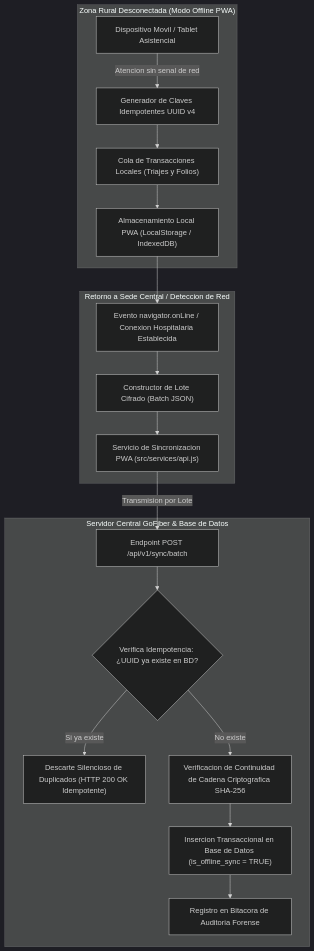
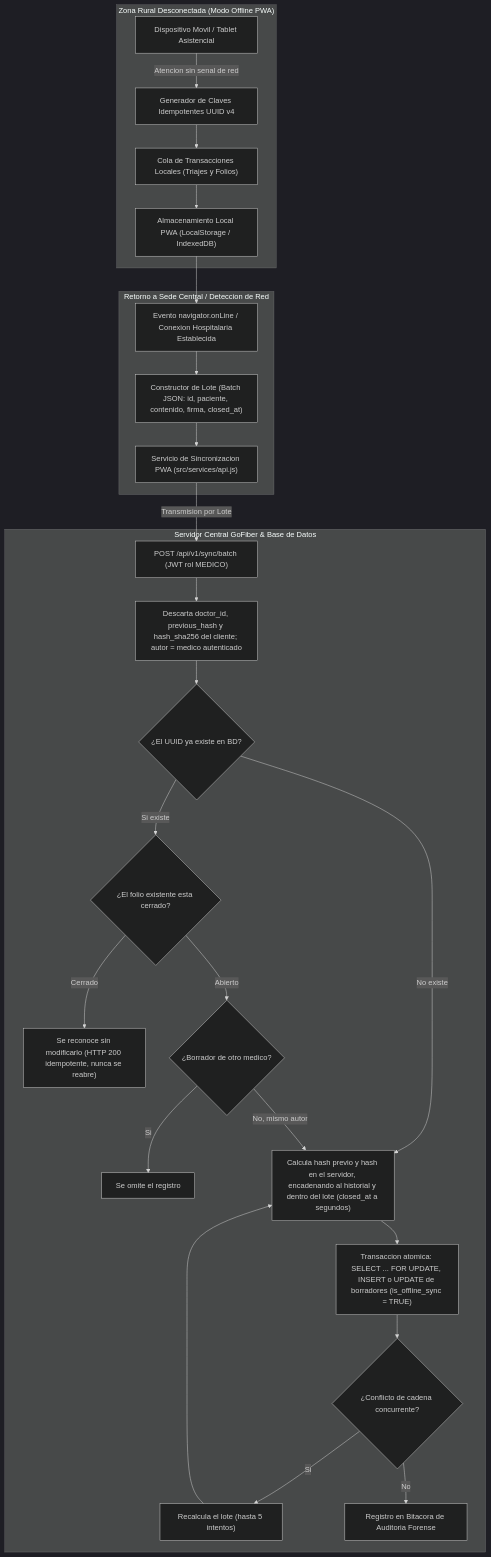
The diagram in docs/diagrams/08_flujo_sync_rural_offline.mmd (ThiagoVelez/Proyecto_felipe), drawn with Mermaid (dark theme) before and after one commit. The commit also changed other lines of this file and 39 other files, not shown here.

First line of the commit message:
docs: actualizar readme, documentos tecnicos y diagramas tras la auditoria de seguridad

```diff
--- a/docs/diagrams/08_flujo_sync_rural_offline.mmd
+++ b/docs/diagrams/08_flujo_sync_rural_offline.mmd
@@ -1,37 +1,51 @@
 flowchart TD
     subgraph BrigadaRural ["Zona Rural Desconectada (Modo Offline PWA)"]
         Tablet["Dispositivo Movil / Tablet Asistencial"]
         LocalCache["Almacenamiento Local PWA (LocalStorage / IndexedDB)"]
         UUIDGen["Generador de Claves Idempotentes UUID v4"]
         OfflineQueue["Cola de Transacciones Locales (Triajes y Folios)"]
 
         Tablet -->|Atencion sin senal de red| UUIDGen
         UUIDGen --> OfflineQueue
         OfflineQueue --> LocalCache
     end
 
     subgraph RestablecimientoConexion ["Retorno a Sede Central / Deteccion de Red"]
         NetEvent["Evento navigator.onLine / Conexion Hospitalaria Establecida"]
-        BatchBuilder["Constructor de Lote Cifrado (Batch JSON)"]
+        BatchBuilder["Constructor de Lote (Batch JSON: id, paciente, contenido, firma, closed_at)"]
         SyncService["Servicio de Sincronizacion PWA (src/services/api.js)"]
 
         LocalCache --> NetEvent
         NetEvent --> BatchBuilder
         BatchBuilder --> SyncService
     end
 
     subgraph BackendGo ["Servidor Central GoFiber & Base de Datos"]
-        SyncEndpoint["Endpoint POST /api/v1/sync/batch"]
-        IdempotencyCheck{"Verifica Idempotencia: ¿UUID ya existe en BD?"}
-        RejectDuplicate["Descarte Silencioso de Duplicados (HTTP 200 OK Idempotente)"]
-        ChainVerify["Verificacion de Continuidad de Cadena Criptografica SHA-256"]
-        PersistBatch["Insercion Transaccional en Base de Datos (is_offline_sync = TRUE)"]
+        SyncEndpoint["POST /api/v1/sync/batch (JWT rol MEDICO)"]
+        Sanitize["Descarta doctor_id, previous_hash y hash_sha256 del cliente; autor = medico autenticado"]
+        IdempotencyCheck{"¿El UUID ya existe en BD?"}
+        ClosedCheck{"¿El folio existente esta cerrado?"}
+        Acknowledge["Se reconoce sin modificarlo (HTTP 200 idempotente, nunca se reabre)"]
+        OwnerCheck{"¿Borrador de otro medico?"}
+        SkipForeign["Se omite el registro"]
+        ChainCompute["Calcula hash previo y hash en el servidor, encadenando al historial y dentro del lote (closed_at a segundos)"]
+        PersistBatch["Transaccion atomica: SELECT ... FOR UPDATE, INSERT o UPDATE de borradores (is_offline_sync = TRUE)"]
+        ChainConflict{"¿Conflicto de cadena concurrente?"}
+        Retry["Recalcula el lote (hasta 5 intentos)"]
         AuditBatch["Registro en Bitacora de Auditoria Forense"]
 
         SyncService -->|Transmision por Lote| SyncEndpoint
-        SyncEndpoint --> IdempotencyCheck
-        IdempotencyCheck -->|Si ya existe| RejectDuplicate
-        IdempotencyCheck -->|No existe| ChainVerify
-        ChainVerify --> PersistBatch
-        PersistBatch --> AuditBatch
+        SyncEndpoint --> Sanitize
+        Sanitize --> IdempotencyCheck
+        IdempotencyCheck -->|Si existe| ClosedCheck
+        IdempotencyCheck -->|No existe| ChainCompute
+        ClosedCheck -->|Cerrado| Acknowledge
+        ClosedCheck -->|Abierto| OwnerCheck
+        OwnerCheck -->|Si| SkipForeign
+        OwnerCheck -->|No, mismo autor| ChainCompute
+        ChainCompute --> PersistBatch
+        PersistBatch --> ChainConflict
+        ChainConflict -->|Si| Retry
+        Retry --> ChainCompute
+        ChainConflict -->|No| AuditBatch
     end
```
